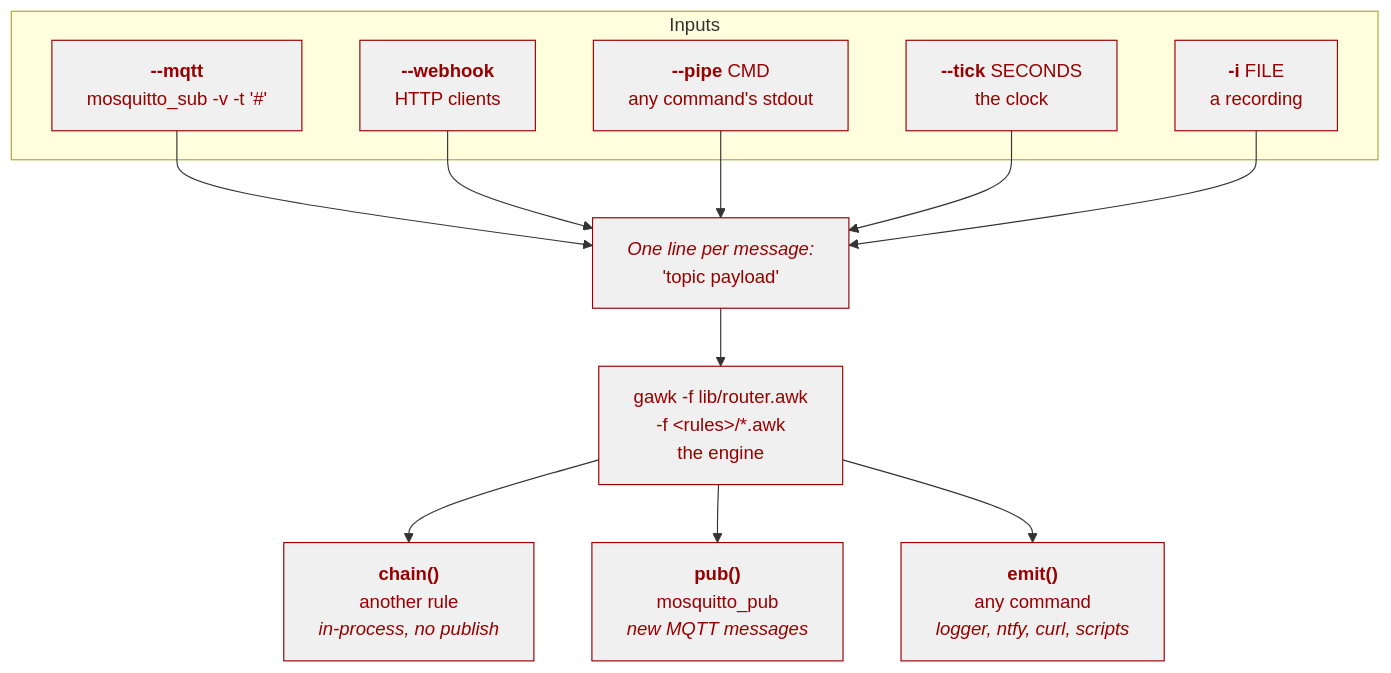
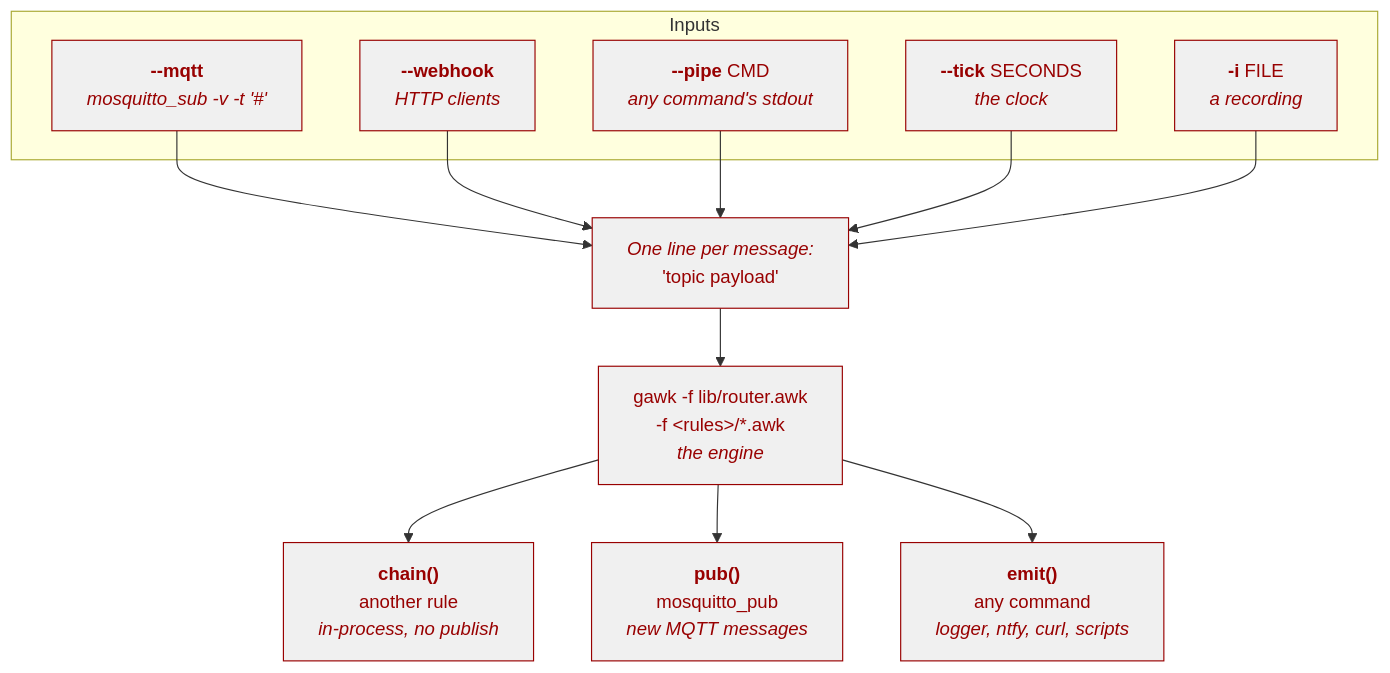
The diagram in README.md (janerikj/awk-red), drawn with Mermaid before and after one commit.

````diff
--- a/README.md
+++ b/README.md
@@ -31,22 +31,22 @@
 ```mermaid
 flowchart TD
     subgraph Inputs["Inputs"]
-        MQTT["<b>--mqtt</b><br/>mosquitto_sub -v -t '#'"]
-        WEBHOOK["<b>--webhook</b><br/>HTTP clients"]
-        PIPE["<b>--pipe</b> CMD<br/>any command's stdout"]
-        TICK["<b>--tick</b> SECONDS<br/>the clock"]
-        FILE["<b>-i</b> FILE<br/>a recording"]
+        MQTT["<b>--mqtt</b><br/><i>mosquitto_sub -v -t '#'</i>"]
+        WEBHOOK["<b>--webhook</b><br/><i>HTTP clients</i>"]
+        PIPE["<b>--pipe</b> CMD<br/><i>any command's stdout</i>"]
+        TICK["<b>--tick</b> SECONDS<br/><i>the clock</i>"]
+        FILE["<b>-i</b> FILE<br/><i>a recording</i>"]
     end
 
     MQTT & WEBHOOK & PIPE & TICK & FILE --> FORMAT["<i>One line per message:</i><br/>'topic payload'"]
 
-    FORMAT --> ENGINE["gawk -f lib/router.awk<br/>-f &lt;rules&gt;/*.awk<br/>the engine"]
+    FORMAT --> ENGINE["gawk -f lib/router.awk<br/>-f &lt;rules&gt;/*.awk<br/><i>the engine</i>"]
 
     ENGINE --> CHAIN["<b>chain()</b><br/>another rule<br/><i>in-process, no publish</i>"]
     ENGINE --> PUB["<b>pub()</b><br/>mosquitto_pub<br/><i>new MQTT messages</i>"]
     ENGINE --> EMIT["<b>emit()</b><br/>any command<br/><i>logger, ntfy, curl, scripts</i>"]
 
     classDef input fill:#f0f0f0,stroke:#980101,color:#980101
 
     class MQTT,WEBHOOK,PIPE,TICK,FILE,ENGINE,CHAIN,PUB,EMIT,FORMAT input
 ```
````
